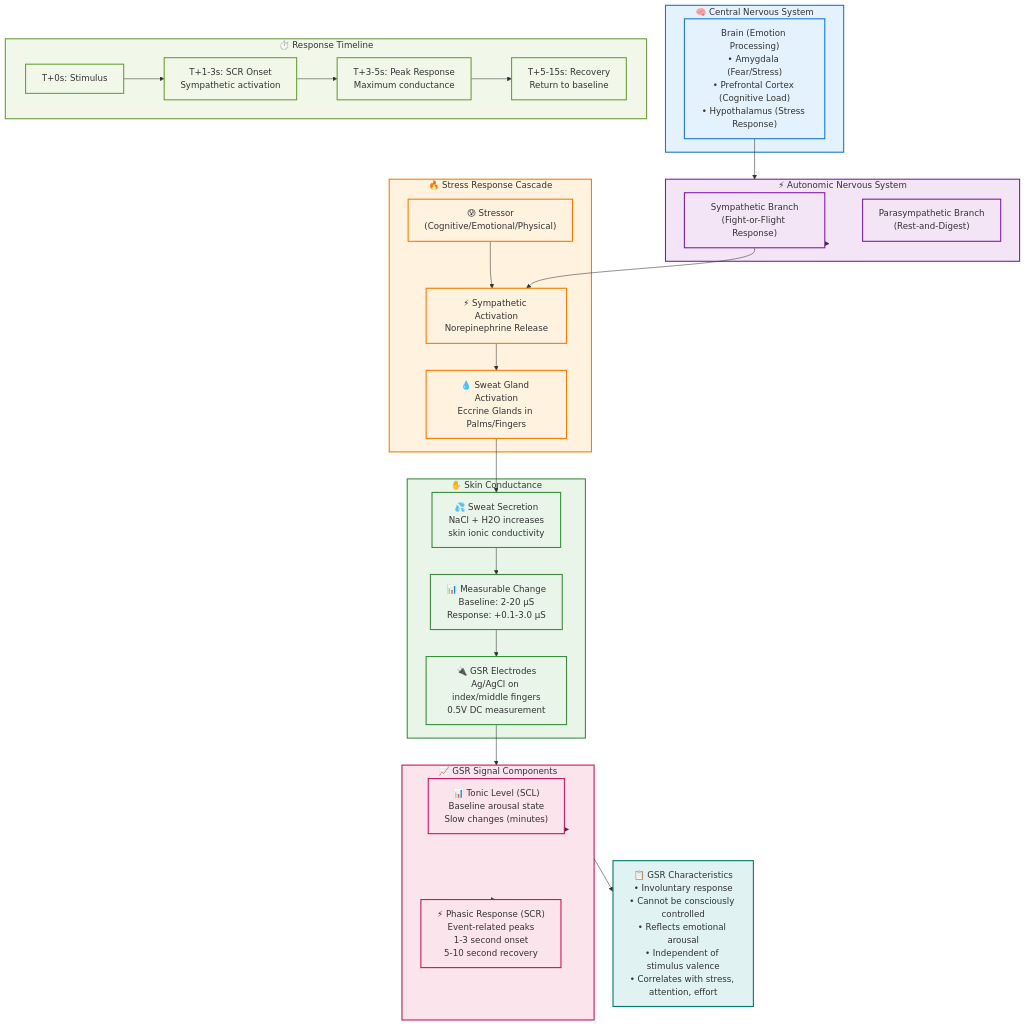
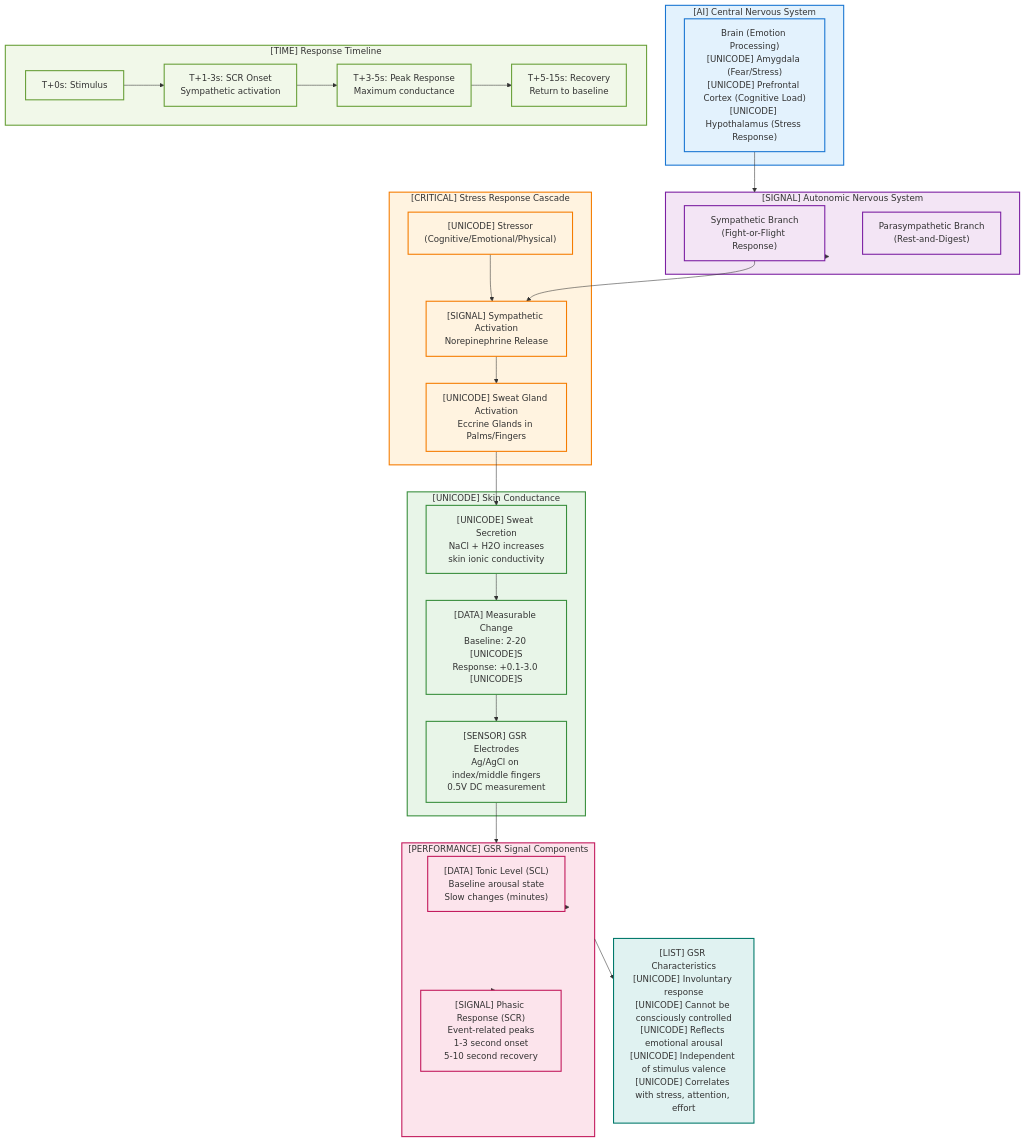
One commit to uclgsr/hellobellohellobello changed the first of 2 diagrams in docs/diagrams/thesis_visualizations/chapter2_background/physiology_and_thermal.md. Above: the diagram before and after it, drawn with Mermaid. The commit also changed other lines of this file and 12 other files, not shown here.

````diff
--- a/docs/diagrams/thesis_visualizations/chapter2_background/physiology_and_thermal.md
+++ b/docs/diagrams/thesis_visualizations/chapter2_background/physiology_and_thermal.md
@@ -5,78 +5,78 @@
 ```mermaid
 flowchart TD
     %% Nervous System Hierarchy
-    subgraph CNS["🧠 Central Nervous System"]
-        BRAIN["Brain (Emotion Processing)<br/>• Amygdala (Fear/Stress)<br/>• Prefrontal Cortex (Cognitive Load)<br/>• Hypothalamus (Stress Response)"]
+    subgraph CNS["[AI] Central Nervous System"]
+        BRAIN["Brain (Emotion Processing)<br/>[UNICODE] Amygdala (Fear/Stress)<br/>[UNICODE] Prefrontal Cortex (Cognitive Load)<br/>[UNICODE] Hypothalamus (Stress Response)"]
     end
     
-    subgraph ANS["⚡ Autonomic Nervous System"]
+    subgraph ANS["[SIGNAL] Autonomic Nervous System"]
         SYMPATH["Sympathetic Branch<br/>(Fight-or-Flight Response)"]
         PARASYMPATH["Parasympathetic Branch<br/>(Rest-and-Digest)"]
     end
     
     %% Stress Response Chain
-    subgraph RESPONSE["🔥 Stress Response Cascade"]
-        STRESSOR["😰 Stressor<br/>(Cognitive/Emotional/Physical)"]
-        ACTIVATION["⚡ Sympathetic Activation<br/>Norepinephrine Release"]
-        GLANDS["💧 Sweat Gland Activation<br/>Eccrine Glands in Palms/Fingers"]
+    subgraph RESPONSE["[CRITICAL] Stress Response Cascade"]
+        STRESSOR["[UNICODE] Stressor<br/>(Cognitive/Emotional/Physical)"]
+        ACTIVATION["[SIGNAL] Sympathetic Activation<br/>Norepinephrine Release"]
+        GLANDS["[UNICODE] Sweat Gland Activation<br/>Eccrine Glands in Palms/Fingers"]
     end
     
     %% Physical Manifestation
-    subgraph SKIN["✋ Skin Conductance"]
-        SWEAT["💦 Sweat Secretion<br/>NaCl + H2O increases<br/>skin ionic conductivity"]
-        CONDUCTANCE["📊 Measurable Change<br/>Baseline: 2-20 μS<br/>Response: +0.1-3.0 μS"]
-        ELECTRODES["🔌 GSR Electrodes<br/>Ag/AgCl on index/middle fingers<br/>0.5V DC measurement"]
+    subgraph SKIN["[UNICODE] Skin Conductance"]
+        SWEAT["[UNICODE] Sweat Secretion<br/>NaCl + H2O increases<br/>skin ionic conductivity"]
+        CONDUCTANCE["[DATA] Measurable Change<br/>Baseline: 2-20 [UNICODE]S<br/>Response: +0.1-3.0 [UNICODE]S"]
+        ELECTRODES["[SENSOR] GSR Electrodes<br/>Ag/AgCl on index/middle fingers<br/>0.5V DC measurement"]
     end
     
     %% Measurement Components
-    subgraph SIGNAL["📈 GSR Signal Components"]
-        TONIC["📊 Tonic Level (SCL)<br/>Baseline arousal state<br/>Slow changes (minutes)"]
-        PHASIC["⚡ Phasic Response (SCR)<br/>Event-related peaks<br/>1-3 second onset<br/>5-10 second recovery"]
+    subgraph SIGNAL["[PERFORMANCE] GSR Signal Components"]
+        TONIC["[DATA] Tonic Level (SCL)<br/>Baseline arousal state<br/>Slow changes (minutes)"]
+        PHASIC["[SIGNAL] Phasic Response (SCR)<br/>Event-related peaks<br/>1-3 second onset<br/>5-10 second recovery"]
     end
     
     %% Timeline
-    subgraph TIMELINE["⏱️ Response Timeline"]
+    subgraph TIMELINE["[TIME] Response Timeline"]
         T0["T+0s: Stimulus"]
         T1["T+1-3s: SCR Onset<br/>Sympathetic activation"]
         T2["T+3-5s: Peak Response<br/>Maximum conductance"]
         T3["T+5-15s: Recovery<br/>Return to baseline"]
     end
     
     %% Connections
     BRAIN --> ANS
     ANS --> SYMPATH
     STRESSOR --> ACTIVATION
     SYMPATH --> ACTIVATION
     ACTIVATION --> GLANDS
     GLANDS --> SWEAT
     SWEAT --> CONDUCTANCE
     CONDUCTANCE --> ELECTRODES
     ELECTRODES --> SIGNAL
     SIGNAL --> TONIC
     SIGNAL --> PHASIC
     
     %% Timeline connections
     T0 --> T1 --> T2 --> T3
     
     %% Key characteristics
-    PROPERTIES["📋 GSR Characteristics<br/>• Involuntary response<br/>• Cannot be consciously controlled<br/>• Reflects emotional arousal<br/>• Independent of stimulus valence<br/>• Correlates with stress, attention, effort"]
+    PROPERTIES["[LIST] GSR Characteristics<br/>[UNICODE] Involuntary response<br/>[UNICODE] Cannot be consciously controlled<br/>[UNICODE] Reflects emotional arousal<br/>[UNICODE] Independent of stimulus valence<br/>[UNICODE] Correlates with stress, attention, effort"]
     
     SIGNAL --> PROPERTIES
     
     %% Styling
     classDef cnsStyle fill:#e3f2fd,stroke:#1976d2,stroke-width:2px
     classDef ansStyle fill:#f3e5f5,stroke:#7b1fa2,stroke-width:2px
     classDef responseStyle fill:#fff3e0,stroke:#f57c00,stroke-width:2px
     classDef skinStyle fill:#e8f5e8,stroke:#388e3c,stroke-width:2px
     classDef signalStyle fill:#fce4ec,stroke:#c2185b,stroke-width:2px
     classDef timeStyle fill:#f1f8e9,stroke:#689f38,stroke-width:2px
     classDef propStyle fill:#e0f2f1,stroke:#00796b,stroke-width:2px
     
     class CNS,BRAIN cnsStyle
     class ANS,SYMPATH,PARASYMPATH ansStyle
     class RESPONSE,STRESSOR,ACTIVATION,GLANDS responseStyle
     class SKIN,SWEAT,CONDUCTANCE,ELECTRODES skinStyle
     class SIGNAL,TONIC,PHASIC signalStyle
     class TIMELINE,T0,T1,T2,T3 timeStyle
     class PROPERTIES propStyle
 ```
````
